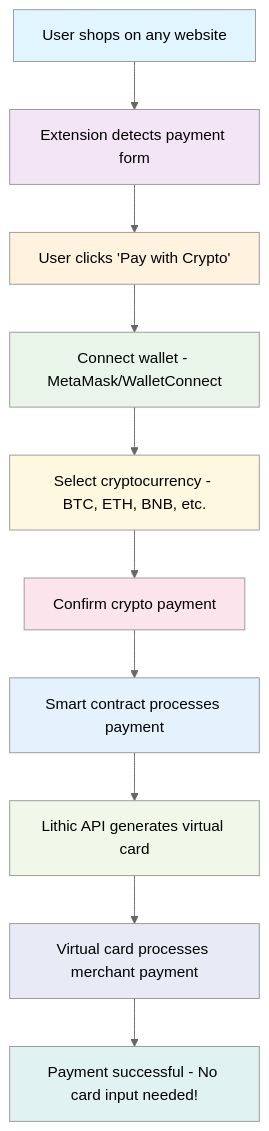
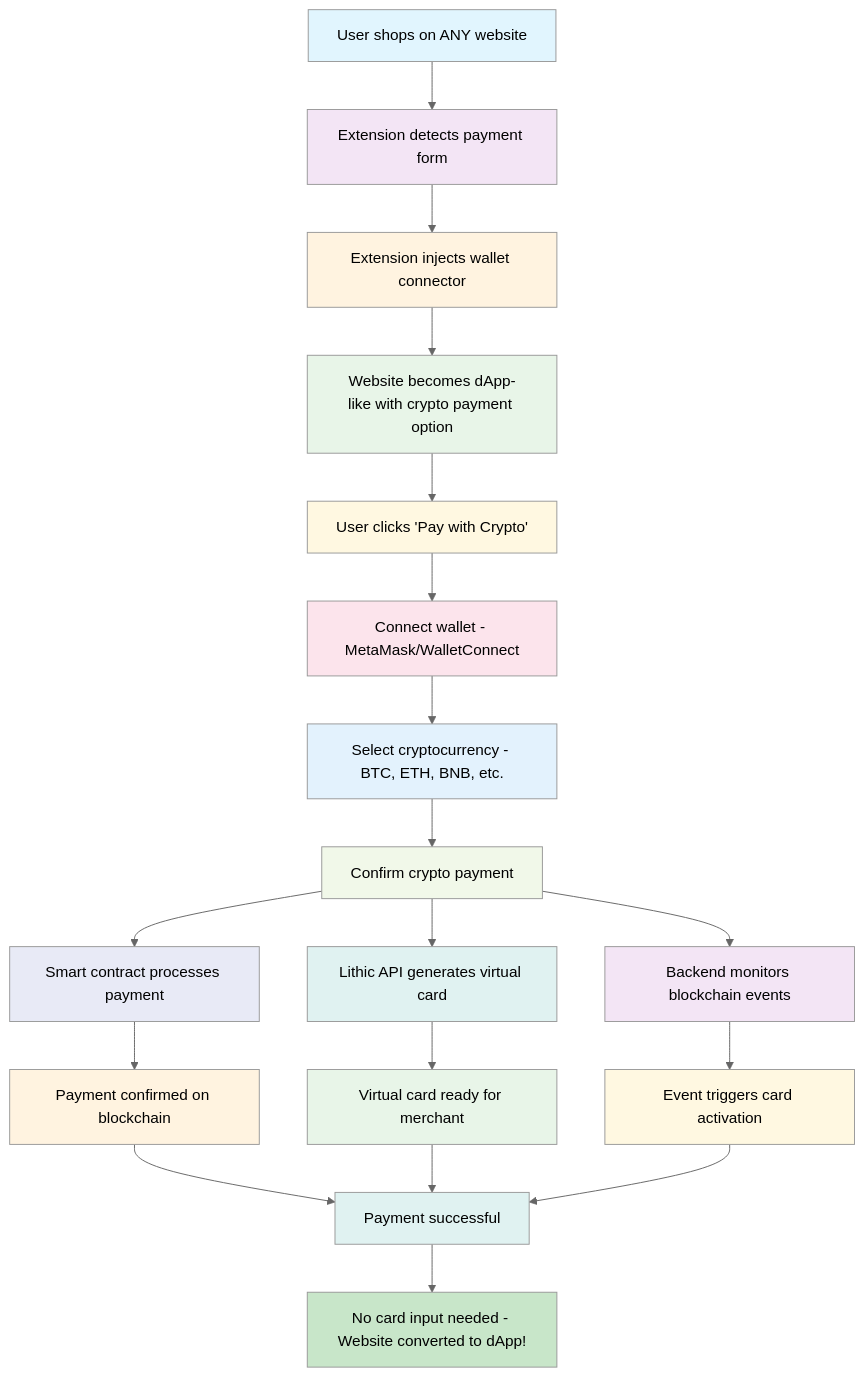
The diagram in README.md (vm06007/crypto-bnb), drawn with Mermaid (neutral theme) before and after one commit. The commit also changed other lines of this file, not shown here.

````diff
--- a/README.md
+++ b/README.md
@@ -48,23 +48,42 @@
 ```mermaid
 graph TD
-    A[User shops on any website] --> B[Extension detects payment form]
-    B --> C[User clicks 'Pay with Crypto']
-    C --> D[Connect wallet - MetaMask/WalletConnect]
-    D --> E[Select cryptocurrency - BTC, ETH, BNB, etc.]
-    E --> F[Confirm crypto payment]
-    F --> G[Smart contract processes payment]
-    G --> H[Lithic API generates virtual card]
-    H --> I[Virtual card processes merchant payment]
-    I --> J[Payment successful - No card input needed!]
+    A[User shops on ANY website] --> B[Extension detects payment form]
+    B --> C[Extension injects wallet connector]
+    C --> D[Website becomes dApp-like with crypto payment option]
+    
+    D --> E[User clicks 'Pay with Crypto']
+    E --> F[Connect wallet - MetaMask/WalletConnect]
+    F --> G[Select cryptocurrency - BTC, ETH, BNB, etc.]
+    G --> H[Confirm crypto payment]
+    
+    H --> I[Smart contract processes payment]
+    H --> J[Lithic API generates virtual card]
+    H --> K[Backend monitors blockchain events]
+    
+    I --> L[Payment confirmed on blockchain]
+    J --> M[Virtual card ready for merchant]
+    K --> N[Event triggers card activation]
+    
+    L --> O[Payment successful]
+    M --> O
+    N --> O
+    
+    O --> P[No card input needed - Website converted to dApp!]
     
     style A fill:#e1f5fe
     style B fill:#f3e5f5
     style C fill:#fff3e0
     style D fill:#e8f5e8
     style E fill:#fff8e1
     style F fill:#fce4ec
     style G fill:#e3f2fd
     style H fill:#f1f8e9
     style I fill:#e8eaf6
     style J fill:#e0f2f1
+    style K fill:#f3e5f5
+    style L fill:#fff3e0
+    style M fill:#e8f5e8
+    style N fill:#fff8e1
+    style O fill:#e0f2f1
+    style P fill:#c8e6c9
 ```
````
